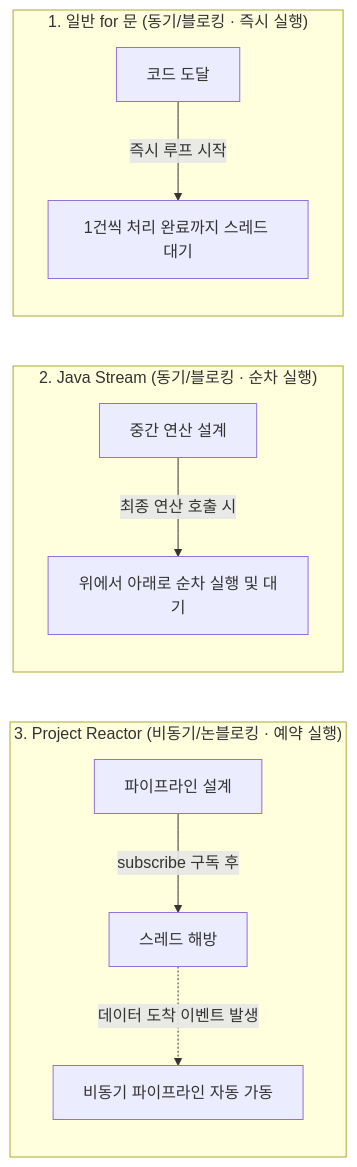
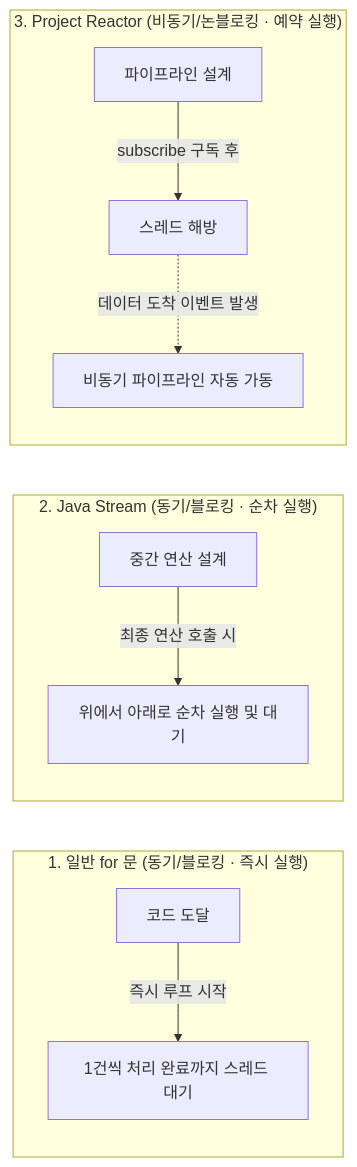
The second of 4 diagrams in MicroService Spring Java/02.비동기·논블로킹 아키텍처와 Project Reactor (Mono  Flux) 완벽 가이드.md (k82022603/sw-architecture-notes), drawn with Mermaid before and after one commit. The commit also changed other lines of this file and 1 other file, not shown here.

````diff
--- a/MicroService Spring Java/02.비동기·논블로킹 아키텍처와 Project Reactor (Mono  Flux) 완벽 가이드.md
+++ b/MicroService Spring Java/02.비동기·논블로킹 아키텍처와 Project Reactor (Mono  Flux) 완벽 가이드.md
@@ -98,16 +40,13 @@
 ```mermaid
 flowchart LR
-
+    subgraph Imperative ["1. 일반 for 문 (동기/블로킹 · 즉시 실행)"]
+        A1[코드 도달] -->|즉시 루프 시작| A2[1건씩 처리 완료까지 스레드 대기]
+    end
+    subgraph Stream ["2. Java Stream (동기/블로킹 · 순차 실행)"]
+        B1[중간 연산 설계] -->|최종 연산 호출 시| B2[위에서 아래로 순차 실행 및 대기]
+    end
     subgraph Reactor ["3. Project Reactor (비동기/논블로킹 · 예약 실행)"]
         C1[파이프라인 설계] -->|subscribe 구독 후| C2[스레드 해방]
         C2 -.->|데이터 도착 이벤트 발생| C3[비동기 파이프라인 자동 가동]
     end
-    subgraph Stream ["2. Java Stream (동기/블로킹 · 순차 실행)"]
-        B1[중간 연산 설계] -->|최종 연산 호출 시| B2[위에서 아래로 순차 실행 및 대기]
-    end
-
-    
-    subgraph Imperative ["1. 일반 for 문 (동기/블로킹 · 즉시 실행)"]
-        A1[코드 도달] -->|즉시 루프 시작| A2[1건씩 처리 완료까지 스레드 대기]
-    end
 ```
````
